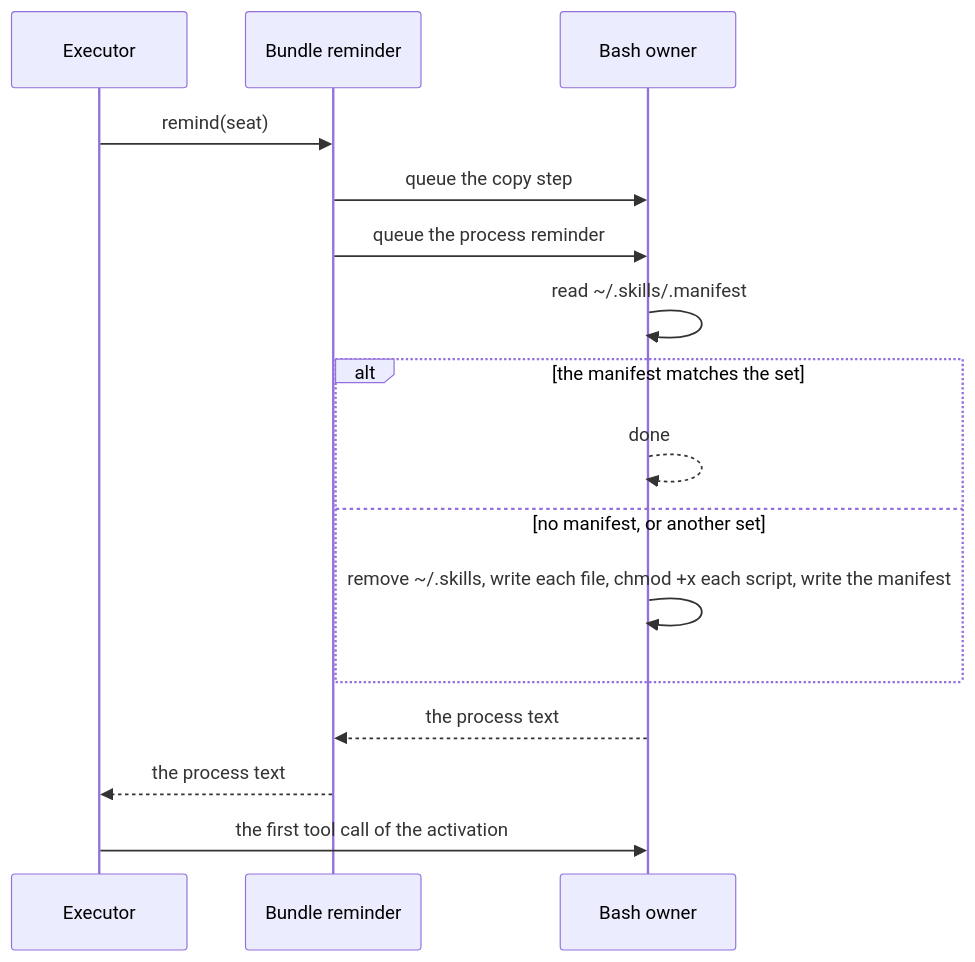
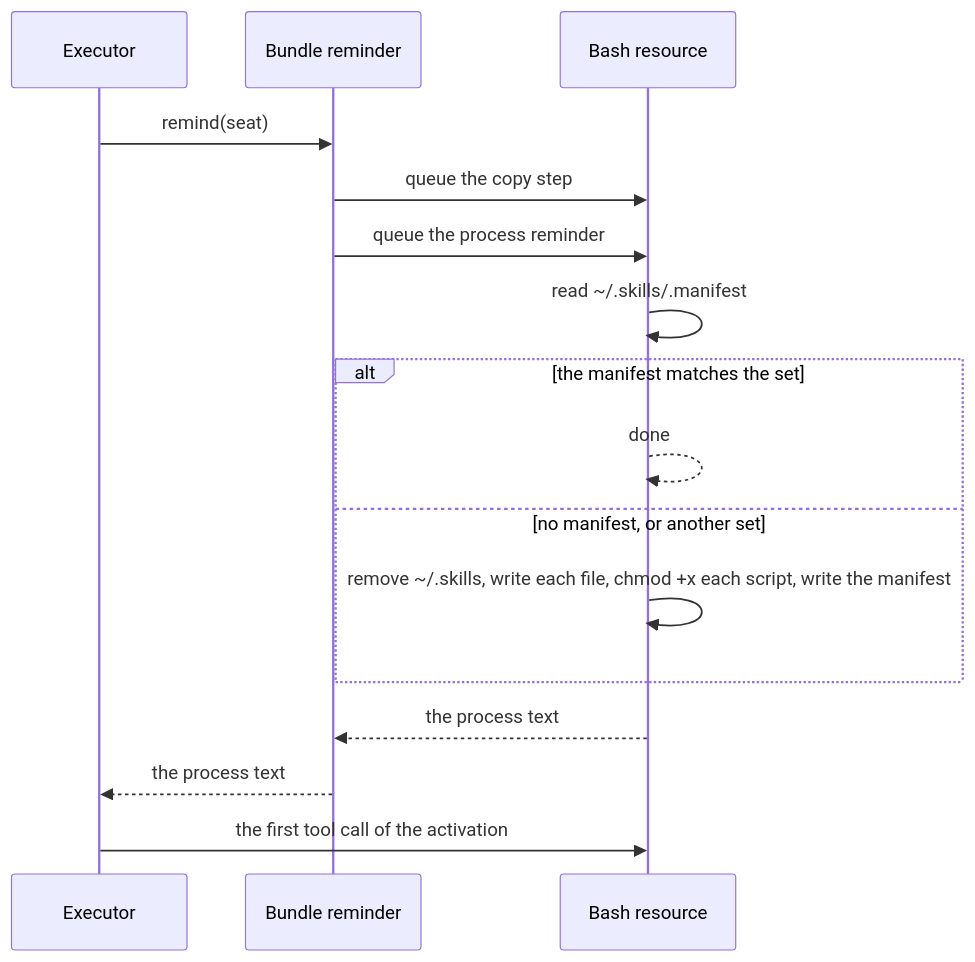
Before and after one commit to ambionframework/ambion: the diagram in docs/skills.md, drawn with Mermaid. The commit also changed other lines of this file and 45 other files, not shown here.

````diff
--- a/docs/skills.md
+++ b/docs/skills.md
@@ -198,18 +198,18 @@
 ```mermaid
 sequenceDiagram
   participant E as Executor
   participant B as Bundle reminder
-  participant O as Bash owner
+  participant O as Bash resource
   E->>B: remind(seat)
   B->>O: queue the copy step
   B->>O: queue the process reminder
   O->>O: read ~/.skills/.manifest
   alt the manifest matches the set
     O-->>O: done
   else no manifest, or another set
     O->>O: remove ~/.skills, write each file, chmod +x each script, write the manifest
   end
   O-->>B: the process text
   B-->>E: the process text
   E->>O: the first tool call of the activation
 ```
````
